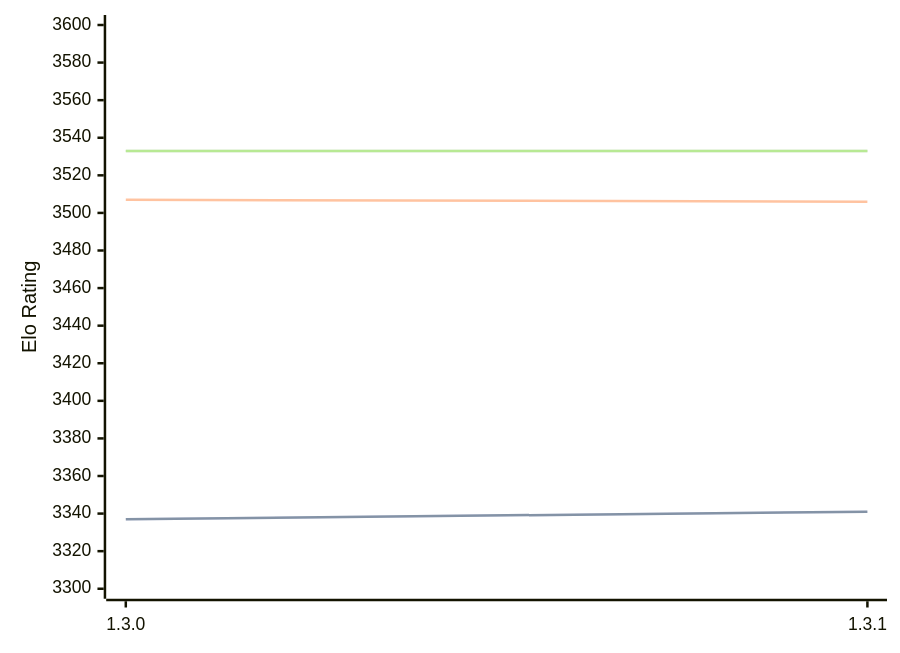
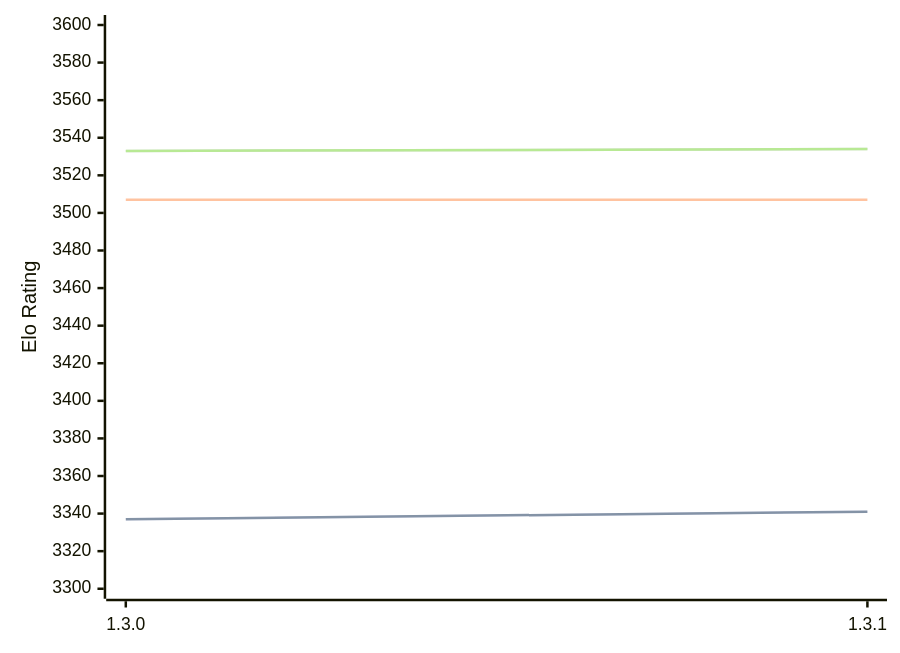
The diagram in engines/Renegade.md (computer-chess-index/cci), drawn with Mermaid before and after one commit. The commit also changed other lines of this file, not shown here.

Commit message:
Update CCI Ratings (ELO VLTC) - 2026-08-20

````diff
--- a/engines/Renegade.md
+++ b/engines/Renegade.md
@@ -33,11 +33,11 @@
 ```mermaid
 %%{init: {"theme":"base","themeVariables":{"seriesColors:['#a3a3a3','#222221','#faa371']}}}%%
 xychart-beta
   x-axis ["1.3.0", "1.3.1"]
   y-axis "Elo Rating" 3300 --> 3600
   line "STC (8.0+0.08s)" [3337, 3341]
   line "STC (8.0+0.08s)" [3337, 3341]
-  line "LTC (60.0+0.60s)" [3507, 3506]
-  line "VLTC (2m24s+1.12s)" [3533, 3533]
-  line "VLTC (2m24s+1.12s)" [3533, 3533]
+  line "LTC (60.0+0.60s)" [3507, 3507]
+  line "VLTC (2m24s+1.12s)" [3533, 3534]
+  line "VLTC (2m24s+1.12s)" [3533, 3534]
 ```
````
